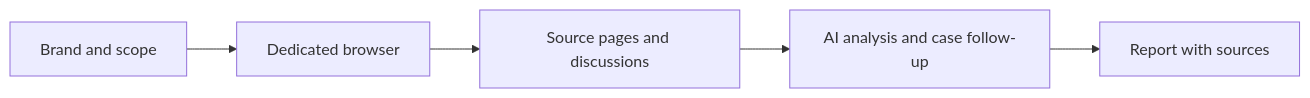
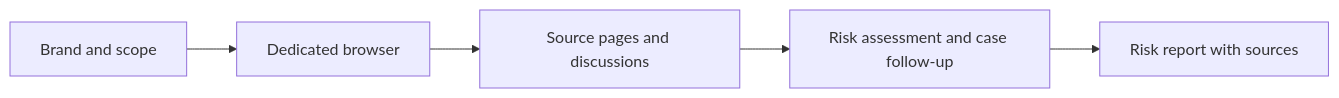
The diagram in README.md (miyahluvgames-source/brand-reputation-monitor-skill), drawn with Mermaid before and after one commit. The commit also changed other lines of this file and 1 other file, not shown here.

Commit message:
Focus product introduction on brand reputation risk discovery

````diff
--- a/README.md
+++ b/README.md
@@ -60,7 +61,7 @@
 ```mermaid
 flowchart LR
   A[Brand and scope] --> B[Dedicated browser]
   B --> C[Source pages and discussions]
-  C --> D[AI analysis and case follow-up]
-  D --> E[Report with sources]
+  C --> D[Risk assessment and case follow-up]
+  D --> E[Risk report with sources]
 ```
````
